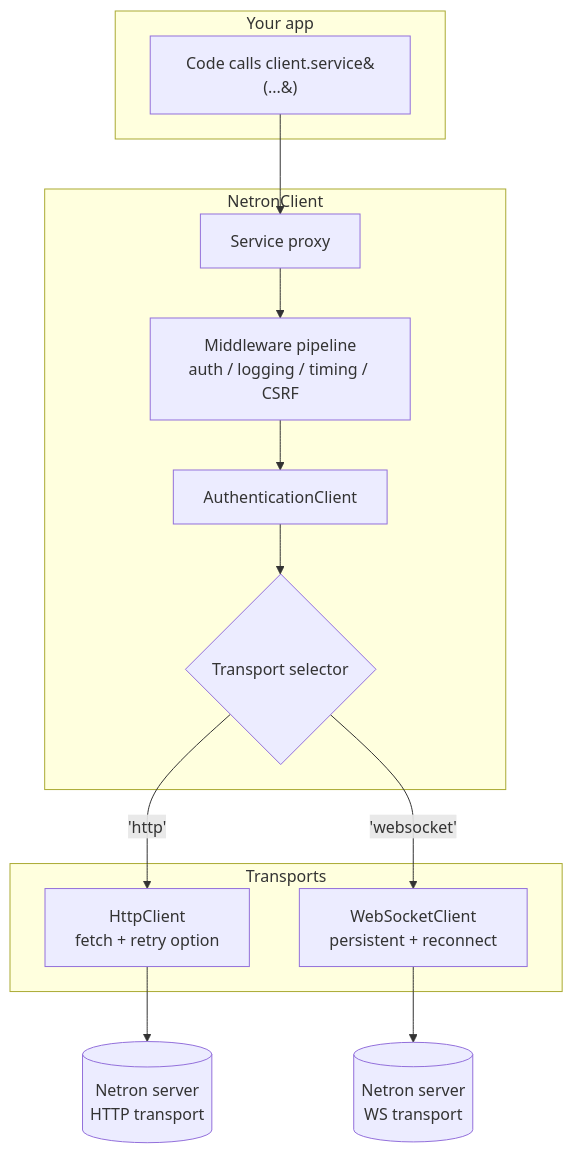
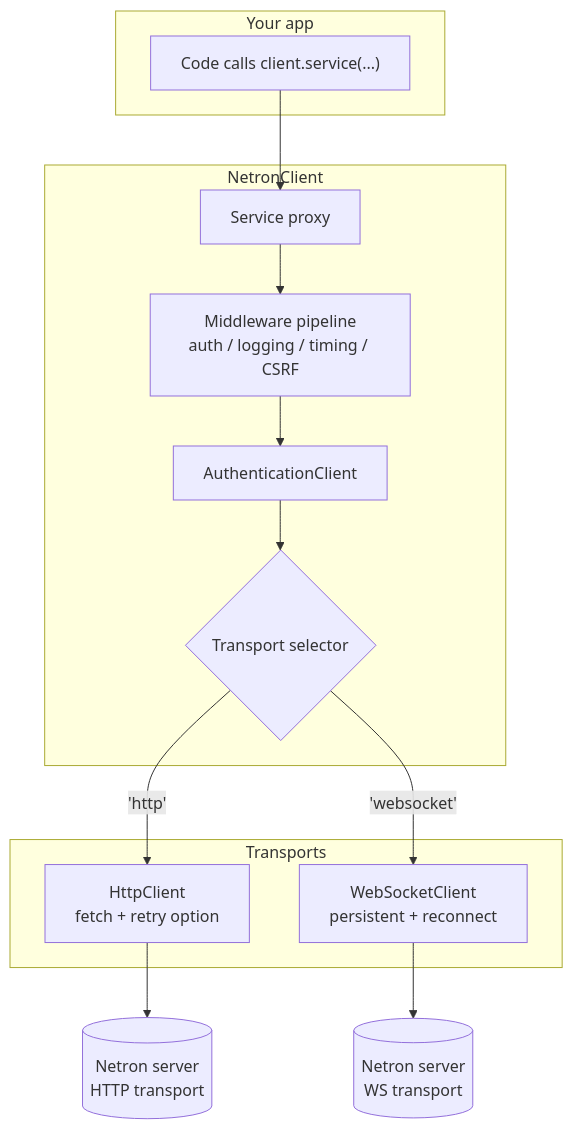
One commit to omnitron-dev/website changed the first of 2 diagrams in docs/frontend/netron/browser.md. Above: the diagram before and after it, drawn with Mermaid. The commit also changed 25 other files, not shown here.

Commit message:
docs: render structured trees and correct infrastructure diagrams

````diff
--- a/docs/frontend/netron/browser.md
+++ b/docs/frontend/netron/browser.md
@@ -38,28 +38,28 @@
 ```mermaid
 flowchart TB
   subgraph App["Your app"]
-    Code[Code calls client.service&#40;...&#41;]
+    Code["Code calls client.service(...)"]
   end
 
   subgraph Client["NetronClient"]
     Proxy[Service proxy]
     MW[Middleware pipeline<br/>auth / logging / timing / CSRF]
     Auth[AuthenticationClient]
     Transport{Transport selector}
   end
 
   subgraph Transports
     HTTP[HttpClient<br/>fetch + retry option]
     WS[WebSocketClient<br/>persistent + reconnect]
   end
 
   Code --> Proxy
   Proxy --> MW
   MW --> Auth
   Auth --> Transport
   Transport -- 'http' --> HTTP
   Transport -- 'websocket' --> WS
 
   HTTP --> Server[(Netron server<br/>HTTP transport)]
   WS --> Server2[(Netron server<br/>WS transport)]
 ```
````
